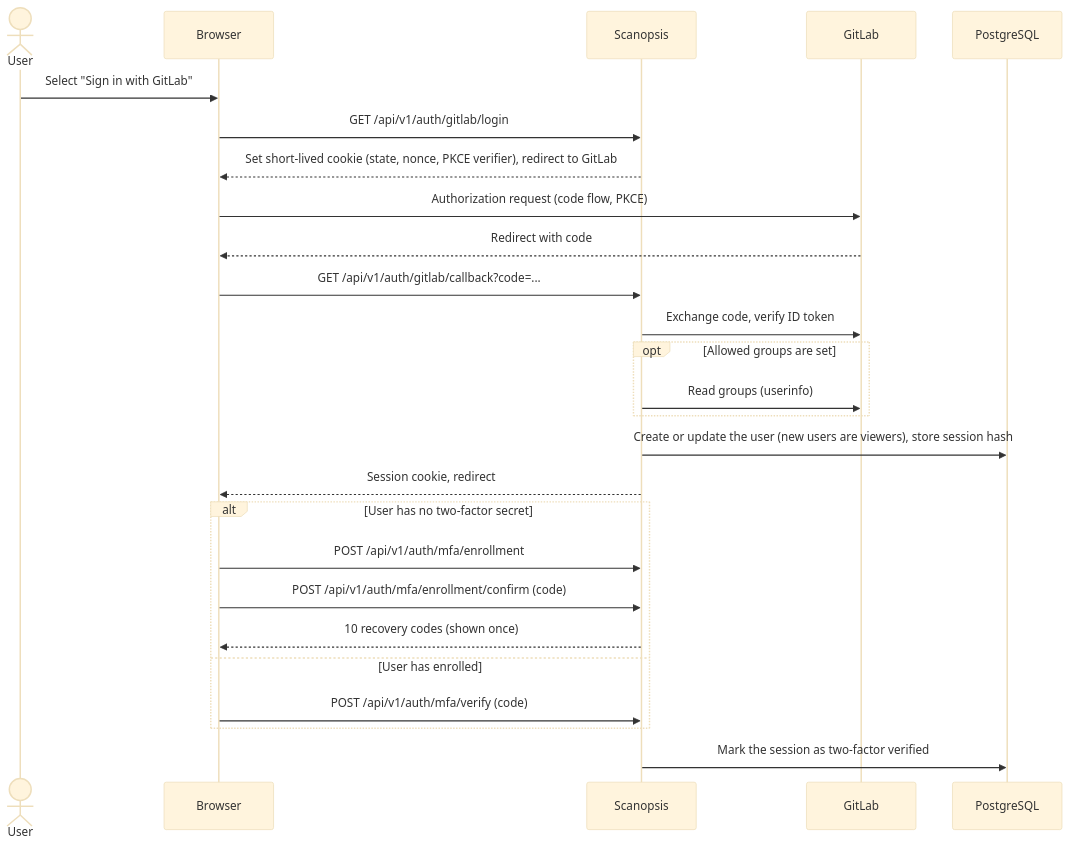
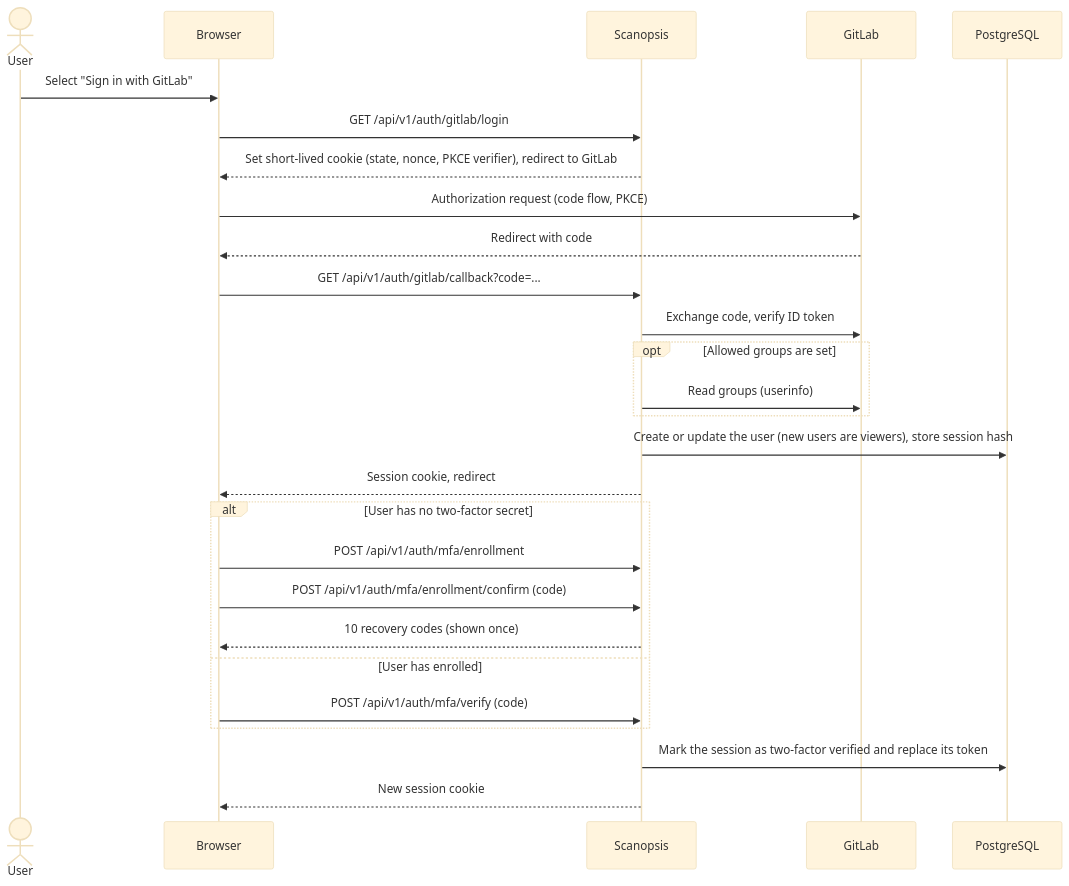
Before and after one commit to siyamsarker/scanopsis: the second of 5 diagrams in docs/architecture.md, drawn with Mermaid (base theme). The commit also changed other lines of this file, not shown here.

First line of the commit message:
docs: update the architecture for the session token change and upload slots

````diff
--- a/docs/architecture.md
+++ b/docs/architecture.md
@@ -53,28 +54,29 @@
 ```mermaid
 sequenceDiagram
     actor U as User
     participant B as Browser
     participant S as Scanopsis
     participant G as GitLab
     participant D as PostgreSQL
     U->>B: Select "Sign in with GitLab"
     B->>S: GET /api/v1/auth/gitlab/login
     S-->>B: Set short-lived cookie (state, nonce, PKCE verifier), redirect to GitLab
     B->>G: Authorization request (code flow, PKCE)
     G-->>B: Redirect with code
     B->>S: GET /api/v1/auth/gitlab/callback?code=...
     S->>G: Exchange code, verify ID token
     opt Allowed groups are set
         S->>G: Read groups (userinfo)
     end
     S->>D: Create or update the user (new users are viewers), store session hash
     S-->>B: Session cookie, redirect
     alt User has no two-factor secret
         B->>S: POST /api/v1/auth/mfa/enrollment
         B->>S: POST /api/v1/auth/mfa/enrollment/confirm (code)
         S-->>B: 10 recovery codes (shown once)
     else User has enrolled
         B->>S: POST /api/v1/auth/mfa/verify (code)
     end
-    S->>D: Mark the session as two-factor verified
+    S->>D: Mark the session as two-factor verified and replace its token
+    S-->>B: New session cookie
 ```
````
